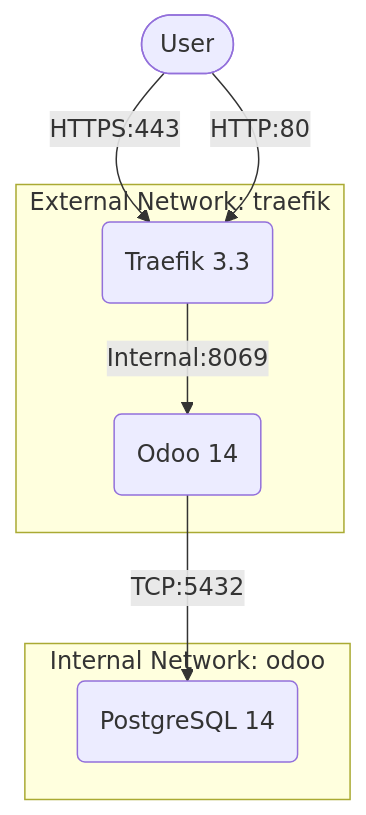
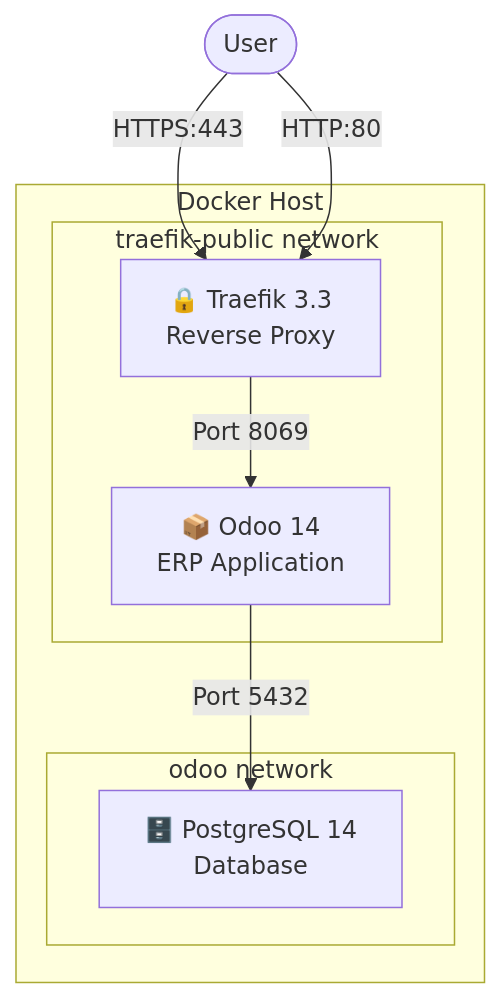
One commit to naufalseira/odoo-14 changed the diagram in README.md. Above: the diagram before and after it, drawn with Mermaid. The commit also changed other lines of this file, not shown here.

````diff
--- a/README.md
+++ b/README.md
@@ -22,13 +23,17 @@
 ```mermaid
 graph TD
-    User([User]) -->|HTTPS:443| Traefik("Traefik 3.3")
+    User([User]) -->|HTTPS:443| Traefik
     User -->|HTTP:80| Traefik
 
-    subgraph "External Network: traefik"
-        Traefik -->|Internal:8069| Odoo("Odoo 14")
-    end
+    subgraph "Docker Host"
+        subgraph "traefik-public network"
+            Traefik["🔒 Traefik 3.3<br/>Reverse Proxy"]
+            Traefik -->|Port 8069| Odoo["📦 Odoo 14<br/>ERP Application"]
+        end
 
-    subgraph "Internal Network: odoo"
-        Odoo -->|TCP:5432| DB("PostgreSQL 14")
+        subgraph "odoo network"
+            Odoo -->|Port 5432| DB["🗄️ PostgreSQL 14<br/>Database"]
+        end
+
     end
 ```
````
